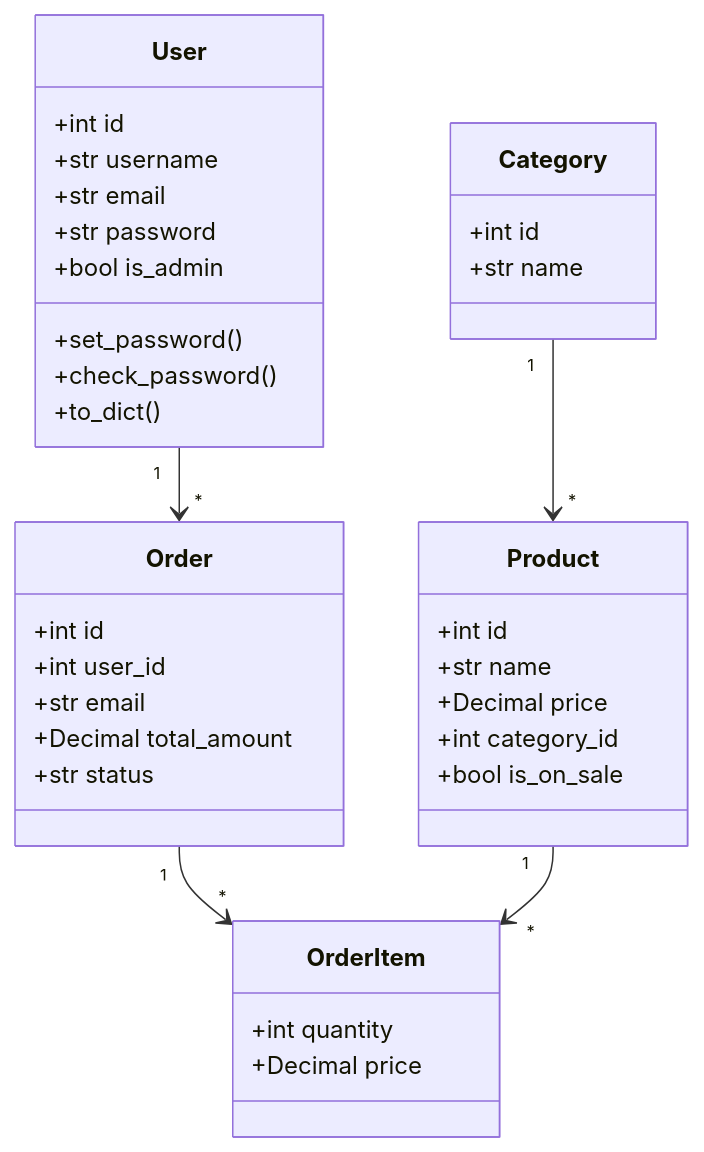
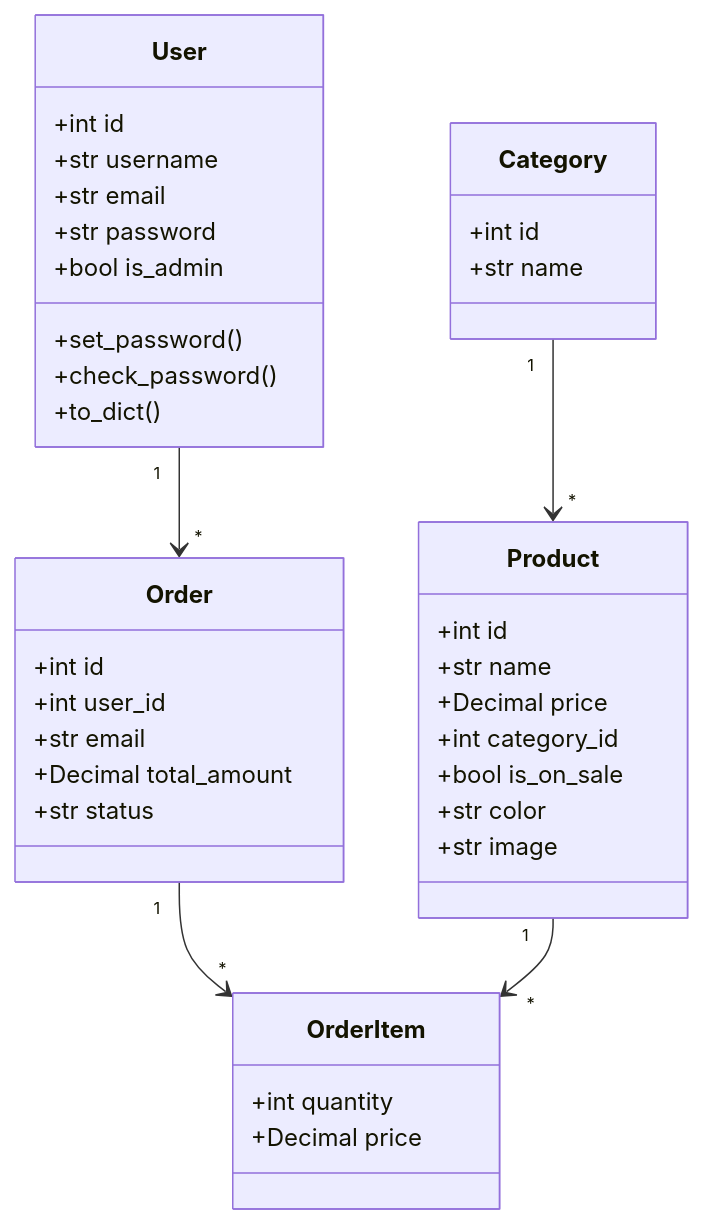
The third of 3 diagrams in README.md (Issercio/Demo-day), drawn with Mermaid before and after one commit. The commit also changed other lines of this file and 9 other files, not shown here.

````diff
--- a/README.md
+++ b/README.md
@@ -231,39 +231,41 @@
 ```mermaid
 classDiagram
   class User {
     +int id
     +str username
     +str email
     +str password
     +bool is_admin
     +set_password()
     +check_password()
     +to_dict()
   }
   class Product {
     +int id
     +str name
     +Decimal price
     +int category_id
     +bool is_on_sale
+    +str color
+    +str image
   }
   class Category {
     +int id
     +str name
   }
   class Order {
     +int id
     +int user_id
     +str email
     +Decimal total_amount
     +str status
   }
   class OrderItem {
     +int quantity
     +Decimal price
   }
   User "1" --> "*" Order
   Category "1" --> "*" Product
   Order "1" --> "*" OrderItem
   Product "1" --> "*" OrderItem
 ```
````
